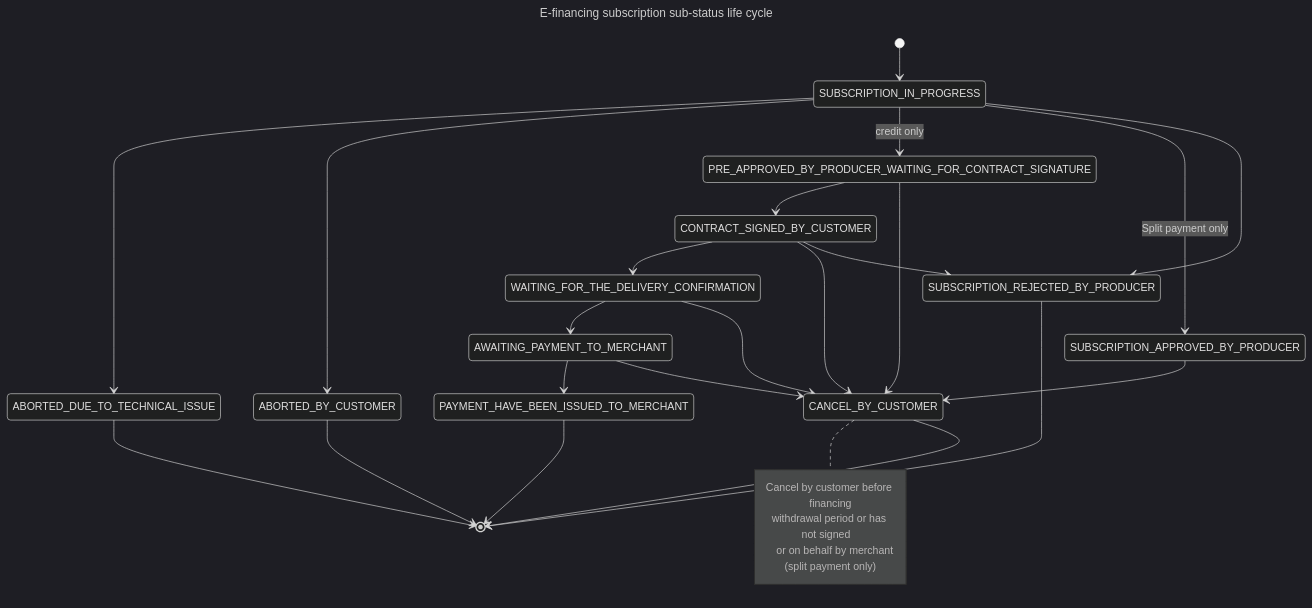
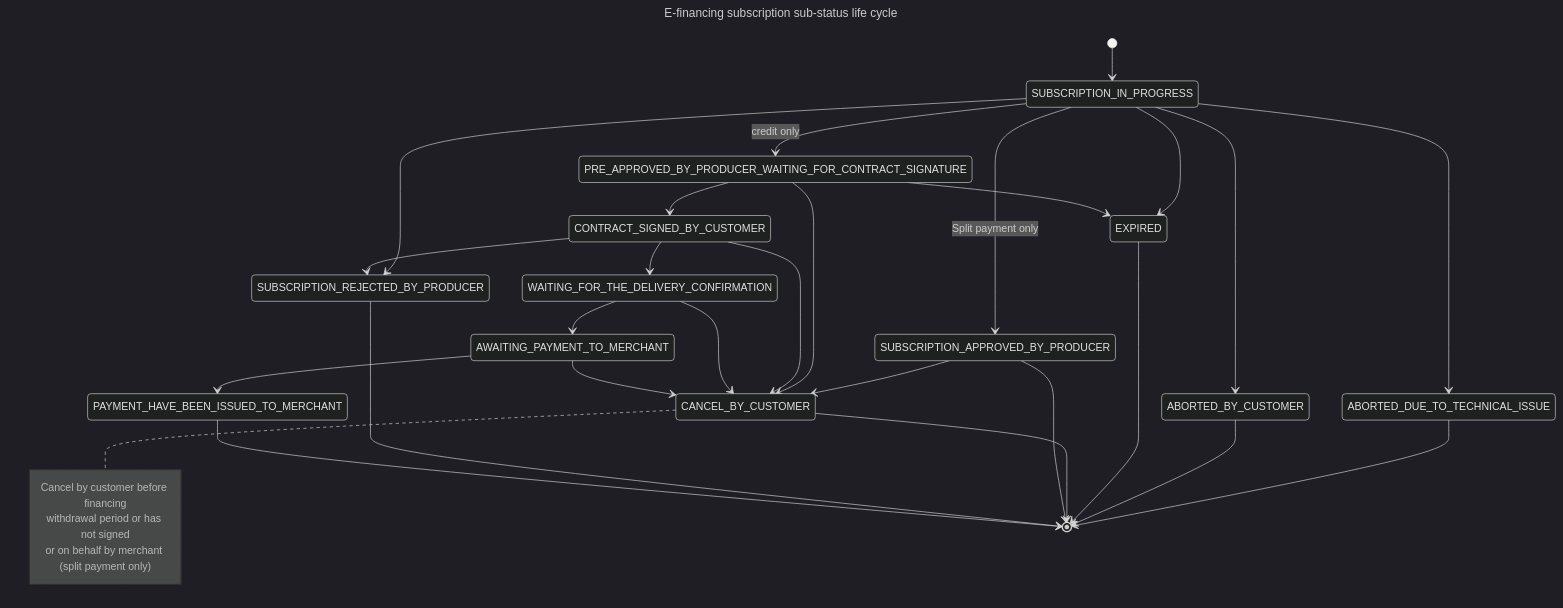
Before and after one commit to scalexpert/documentation: the second of 2 diagrams in solutions-reference/credit/e-financing-status-life-cycle.md, drawn with Mermaid (dark theme). The commit also changed other lines of this file and 10 other files, not shown here.

````diff
--- a/solutions-reference/credit/e-financing-status-life-cycle.md
+++ b/solutions-reference/credit/e-financing-status-life-cycle.md
@@ -68,40 +69,47 @@
 ```mermaid fullWidth="true"
 ---
 title: E-financing subscription sub-status life cycle
 ---
 stateDiagram-v2
     [*] --> SUBSCRIPTION_IN_PROGRESS
 
     SUBSCRIPTION_IN_PROGRESS --> ABORTED_DUE_TO_TECHNICAL_ISSUE
     SUBSCRIPTION_IN_PROGRESS --> ABORTED_BY_CUSTOMER
+    SUBSCRIPTION_IN_PROGRESS --> EXPIRED
     SUBSCRIPTION_IN_PROGRESS --> PRE_APPROVED_BY_PRODUCER_WAITING_FOR_CONTRACT_SIGNATURE: credit only
     SUBSCRIPTION_IN_PROGRESS  --> SUBSCRIPTION_APPROVED_BY_PRODUCER: Split payment only
     SUBSCRIPTION_IN_PROGRESS  --> SUBSCRIPTION_REJECTED_BY_PRODUCER
 
     SUBSCRIPTION_APPROVED_BY_PRODUCER --> CANCEL_BY_CUSTOMER
     note right of CANCEL_BY_CUSTOMER
     Cancel by customer before financing
-    withdrawal period or has not signed   
+    withdrawal period or has not signed
     or on behalf by merchant (split payment only)
     end note
 
     PRE_APPROVED_BY_PRODUCER_WAITING_FOR_CONTRACT_SIGNATURE --> CONTRACT_SIGNED_BY_CUSTOMER
     PRE_APPROVED_BY_PRODUCER_WAITING_FOR_CONTRACT_SIGNATURE --> CANCEL_BY_CUSTOMER
+    PRE_APPROVED_BY_PRODUCER_WAITING_FOR_CONTRACT_SIGNATURE --> EXPIRED
 
+    CONTRACT_SIGNED_BY_CUSTOMER --> SUBSCRIPTION_REJECTED_BY_PRODUCER
     CONTRACT_SIGNED_BY_CUSTOMER --> WAITING_FOR_THE_DELIVERY_CONFIRMATION
     CONTRACT_SIGNED_BY_CUSTOMER --> CANCEL_BY_CUSTOMER
-    CONTRACT_SIGNED_BY_CUSTOMER --> SUBSCRIPTION_REJECTED_BY_PRODUCER
+    
 
     WAITING_FOR_THE_DELIVERY_CONFIRMATION --> AWAITING_PAYMENT_TO_MERCHANT
     WAITING_FOR_THE_DELIVERY_CONFIRMATION --> CANCEL_BY_CUSTOMER
 
     AWAITING_PAYMENT_TO_MERCHANT  --> PAYMENT_HAVE_BEEN_ISSUED_TO_MERCHANT
     AWAITING_PAYMENT_TO_MERCHANT  --> CANCEL_BY_CUSTOMER
 
-    PAYMENT_HAVE_BEEN_ISSUED_TO_MERCHANT --> [*]
+  
     ABORTED_DUE_TO_TECHNICAL_ISSUE --> [*]
     ABORTED_BY_CUSTOMER --> [*]
+    EXPIRED --> [*]
     CANCEL_BY_CUSTOMER --> [*]
+    SUBSCRIPTION_APPROVED_BY_PRODUCER --> [*]
     SUBSCRIPTION_REJECTED_BY_PRODUCER --> [*]
+    PAYMENT_HAVE_BEEN_ISSUED_TO_MERCHANT --> [*]
+
 
 ```
````
